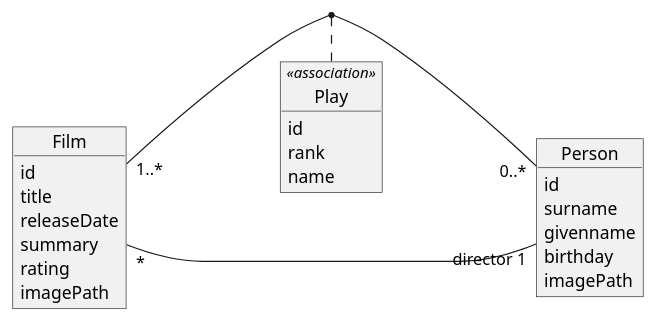
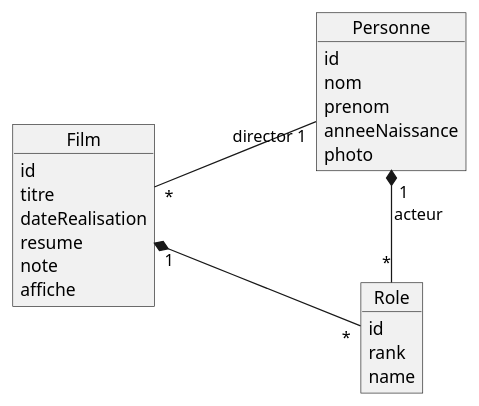
The diagram in src/docs/asciidoc/_ch02_jpa_intro.adoc (ldv-melun/spring-boot), drawn with PlantUML before and after one commit. The commit also changed other lines of this file and 5 other files, not shown here.

```diff
--- a/src/docs/asciidoc/_ch02_jpa_intro.adoc
+++ b/src/docs/asciidoc/_ch02_jpa_intro.adoc
@@ -21,29 +21,31 @@
 [plantuml]
 ----
 left to right direction
 
 Object Film{
 id
-title
-releaseDate
-summary
-rating
-imagePath
+titre
+dateRealisation
+resume
+note
+affiche
 }
-Object Person{
+Object Personne{
 id
-surname
-givenname
-birthday
-imagePath
+nom
+prenom
+anneeNaissance
+photo
 }
-Object Play <<association>> {
+
+Object Role {
 id
 rank
 name
 }
 
-Film "*" --- "director 1" Person :"  "
-Film "1..*" --- "0..*" Person
-(Person, Film) "1" ... "*" Play
+Film "*" --- "director 1" Personne :"  "
+Film "1" *- "*" Role
+Personne "1       \nacteur" *- "*" Role:"\n\n"
+
 ----
```
